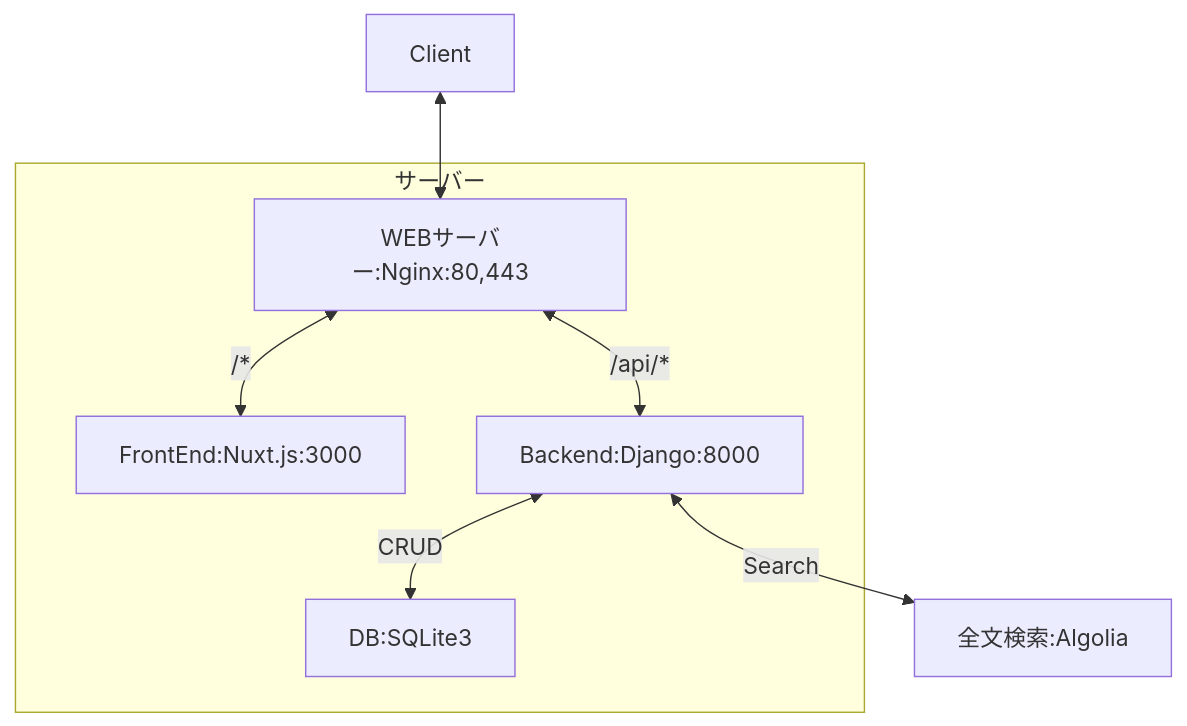
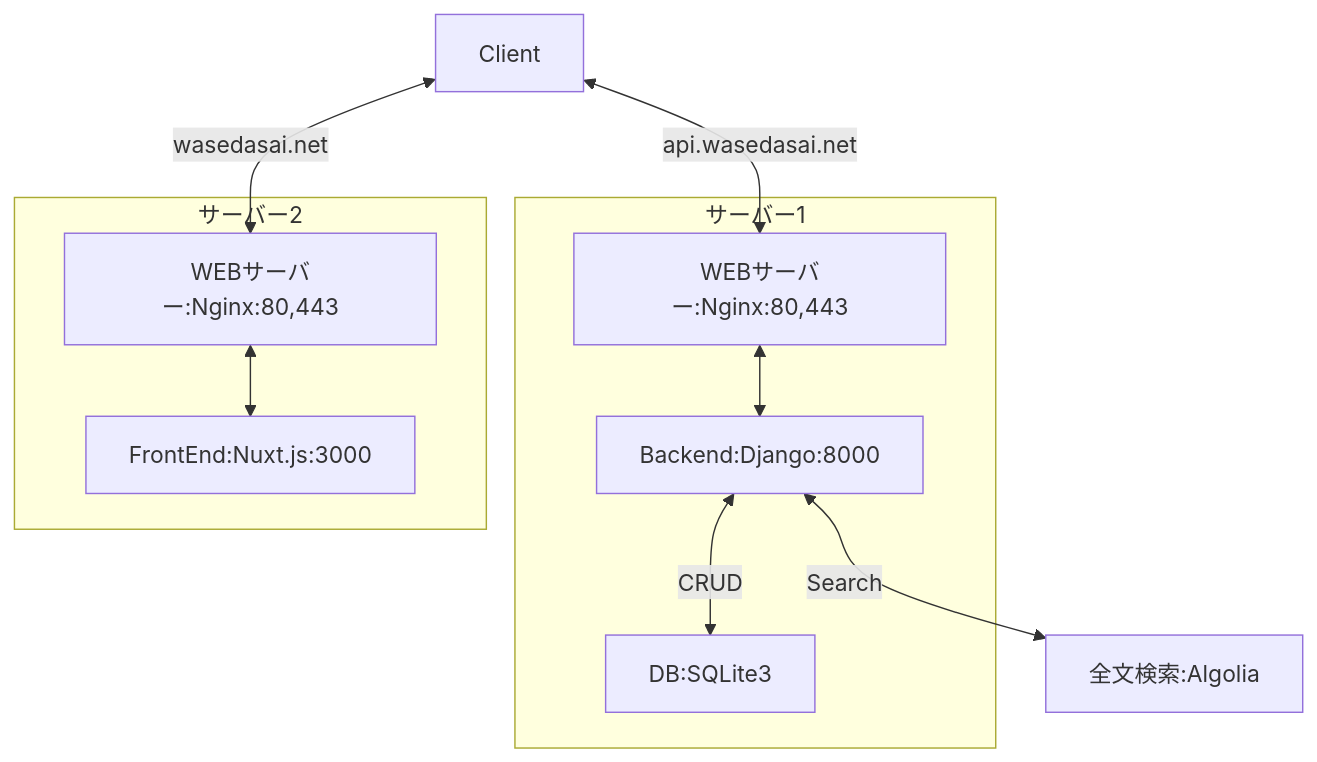
Before and after one commit to wasedasai/StudyBook: the third of 3 diagrams in textbook/Basic_Infra.md, drawn with Mermaid. The commit also changed other lines of this file, not shown here.

````diff
--- a/textbook/Basic_Infra.md
+++ b/textbook/Basic_Infra.md
@@ -52,10 +52,13 @@
 ```mermaid
 flowchart 
-  Client<-->A[WEBサーバー:Nginx:80,443]
-  subgraph サーバー
-  A<-->|/*|FrontEnd:Nuxt.js:3000
-  A<-->|/api/*|B[Backend:Django:8000]
+  Client<-->|api.wasedasai.net|A[WEBサーバー:Nginx:80,443]
+  subgraph サーバー1
+  A<-->B[Backend:Django:8000]
   B<-->|CRUD|DB:SQLite3
   end
   B<-->|Search|全文検索:Algolia
+  Client<-->|wasedasai.net|C[WEBサーバー:Nginx:80,443]
+  subgraph サーバー2
+  C<-->FrontEnd:Nuxt.js:3000
+  end
 ```
````
